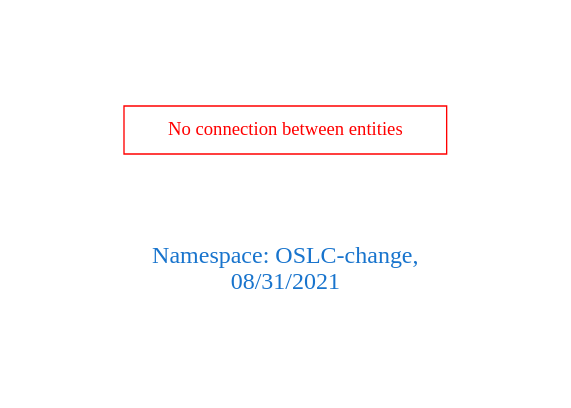
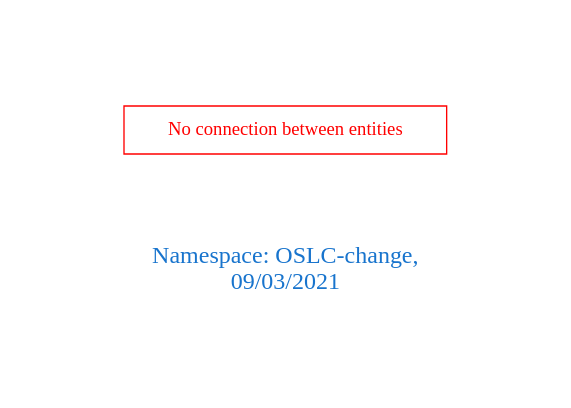
One commit to arago/OGIT changed the diagram in downloads/OSLC-change.dot. Above: the diagram before and after it, drawn with Graphviz. The commit also changed 1894 other files, not shown here.

```diff
--- a/downloads/OSLC-change.dot
+++ b/downloads/OSLC-change.dot
@@ -1,9 +1,9 @@
 digraph OGIT_ontology {
  graph [ rankdir= LR,pad=1 
 fontsize = 18,
-fontcolor= dodgerblue3,label = "\n\n\nNamespace: OSLC-change, \n 08/31/2021"];
+fontcolor= dodgerblue3,label = "\n\n\nNamespace: OSLC-change, \n 09/03/2021"];
 node[shape=polygon];
 edge [  color="gray81"];
 
 "No connection between entities" [fontcolor = "red",color="red", shape="polygon"]
 }
```
